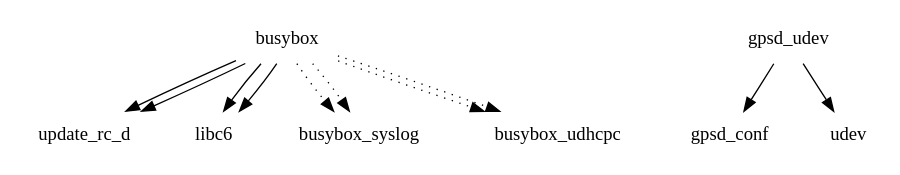
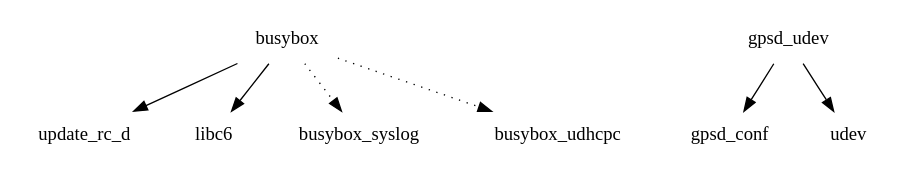
Before and after one commit to shr-distribution/buildhistory-old: the diagram in images/crespo/eglibc/chroot-image/depends.dot, drawn with Graphviz. The commit also changed 49 other files, not shown here.

```diff
--- a/images/crespo/eglibc/chroot-image/depends.dot
+++ b/images/crespo/eglibc/chroot-image/depends.dot
@@ -1,13 +1,9 @@
 digraph depends {
     node [shape=plaintext]
 busybox -> update_rc_d;
 busybox -> libc6;
-busybox -> update_rc_d;
-busybox -> libc6;
-busybox -> busybox_syslog [style=dotted];
-busybox -> busybox_udhcpc [style=dotted];
 busybox -> busybox_syslog [style=dotted];
 busybox -> busybox_udhcpc [style=dotted];
 gpsd_udev -> gpsd_conf;
 gpsd_udev -> udev;
 }
```
